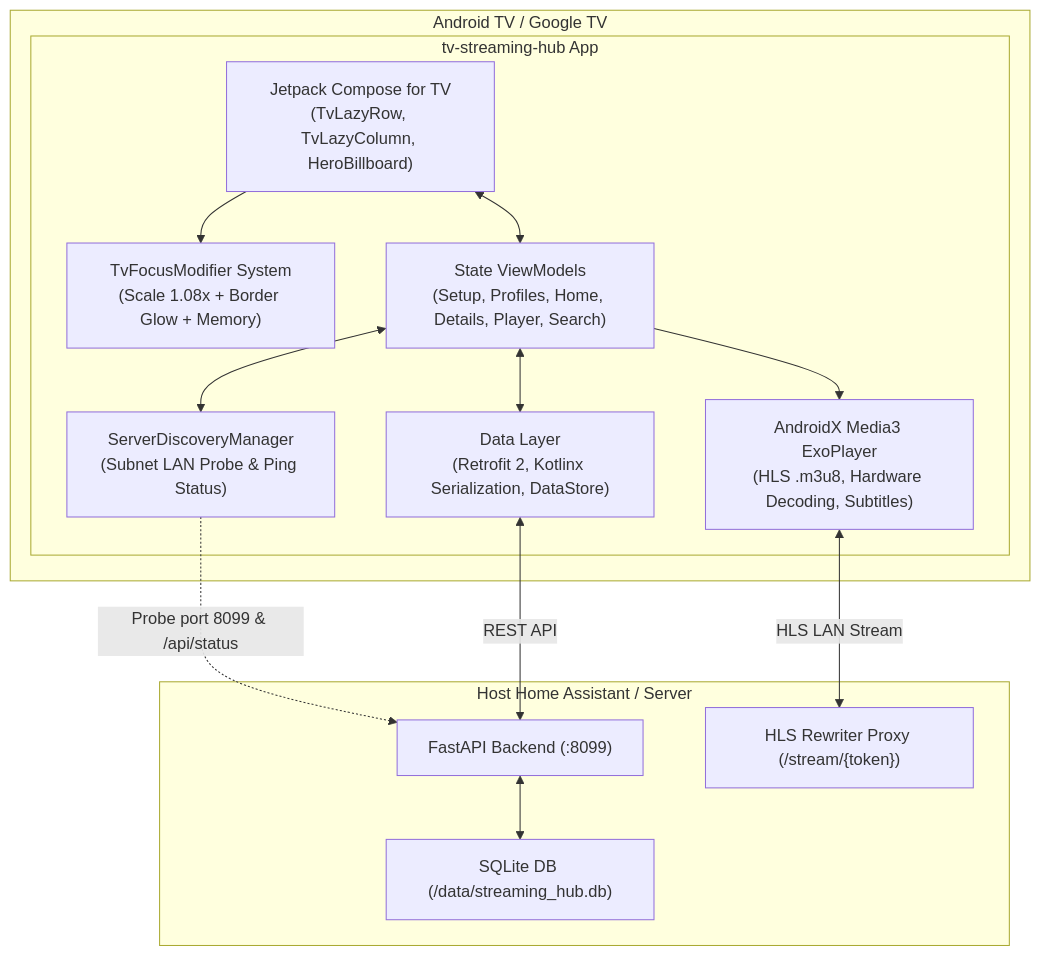
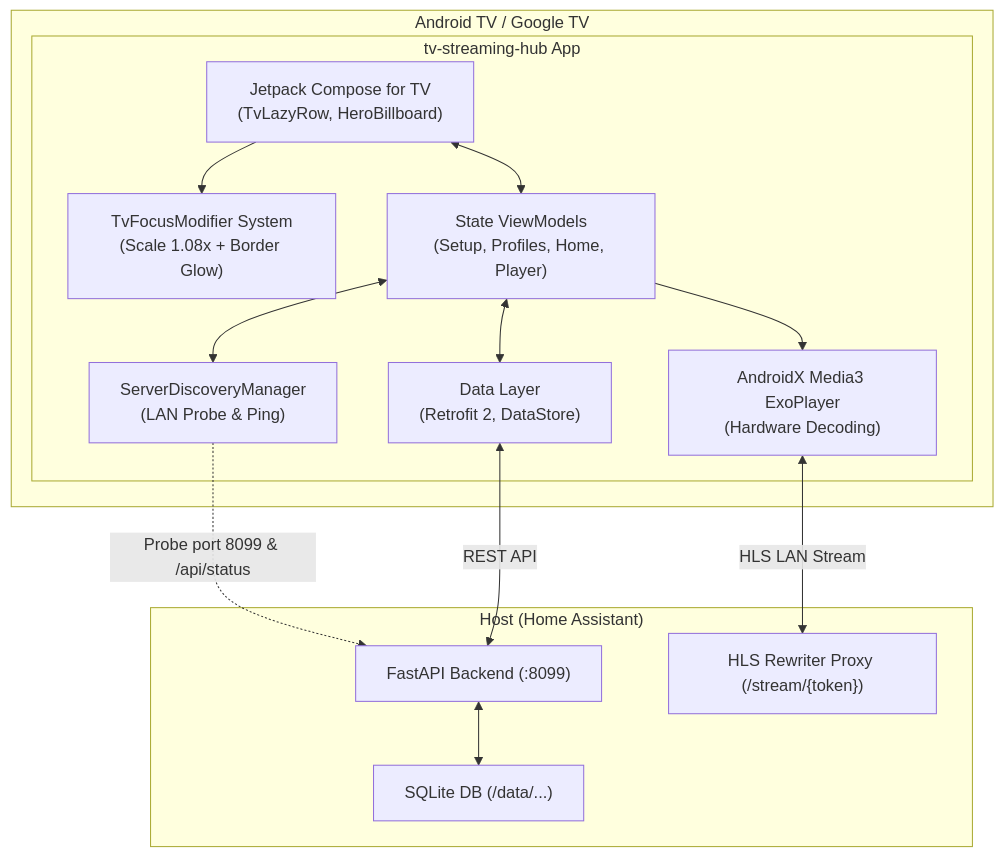
One commit to JMaroz/streaming-hub-tv changed the diagram in README.md. Above: the diagram before and after it, drawn with Mermaid. The commit also changed other lines of this file, not shown here.

Commit message:
docs: revamp README with better structure, 10-foot UI focus, and server requirement

````diff
--- a/README.md
+++ b/README.md
@@ -44,29 +59,29 @@
 ```mermaid
 flowchart TD
     subgraph Device["Android TV / Google TV"]
         subgraph App["tv-streaming-hub App"]
-            UI["Jetpack Compose for TV\n(TvLazyRow, TvLazyColumn, HeroBillboard)"]
-            Focus["TvFocusModifier System\n(Scale 1.08x + Border Glow + Memory)"]
-            VM["State ViewModels\n(Setup, Profiles, Home, Details, Player, Search)"]
-            Exo["AndroidX Media3 ExoPlayer\n(HLS .m3u8, Hardware Decoding, Subtitles)"]
-            Disc["ServerDiscoveryManager\n(Subnet LAN Probe & Ping Status)"]
-            Data["Data Layer\n(Retrofit 2, Kotlinx Serialization, DataStore)"]
+            UI["Jetpack Compose for TV\n(TvLazyRow, HeroBillboard)"]
+            Focus["TvFocusModifier System\n(Scale 1.08x + Border Glow)"]
+            VM["State ViewModels\n(Setup, Profiles, Home, Player)"]
+            Exo["AndroidX Media3 ExoPlayer\n(Hardware Decoding)"]
+            Disc["ServerDiscoveryManager\n(LAN Probe & Ping)"]
+            Data["Data Layer\n(Retrofit 2, DataStore)"]
         end
     end
 
-    subgraph Host["Host Home Assistant / Server"]
+    subgraph Host["Host (Home Assistant)"]
         BE["FastAPI Backend (:8099)"]
         Proxy["HLS Rewriter Proxy (/stream/{token})"]
-        DB["SQLite DB (/data/streaming_hub.db)"]
+        DB["SQLite DB (/data/...)"]
     end
 
     UI --> Focus
     UI <--> VM
     VM <--> Data
     VM --> Exo
     VM <--> Disc
     Disc -.->|Probe port 8099 & /api/status| BE
     Data <-->|REST API| BE
     Exo <-->|HLS LAN Stream| Proxy
     BE <--> DB
 ```
````
